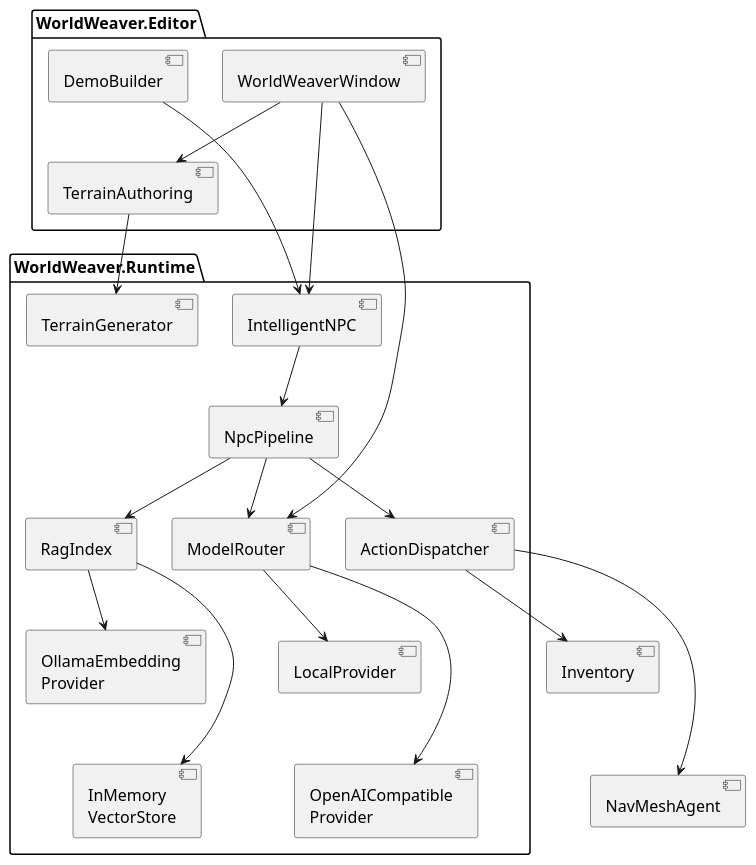
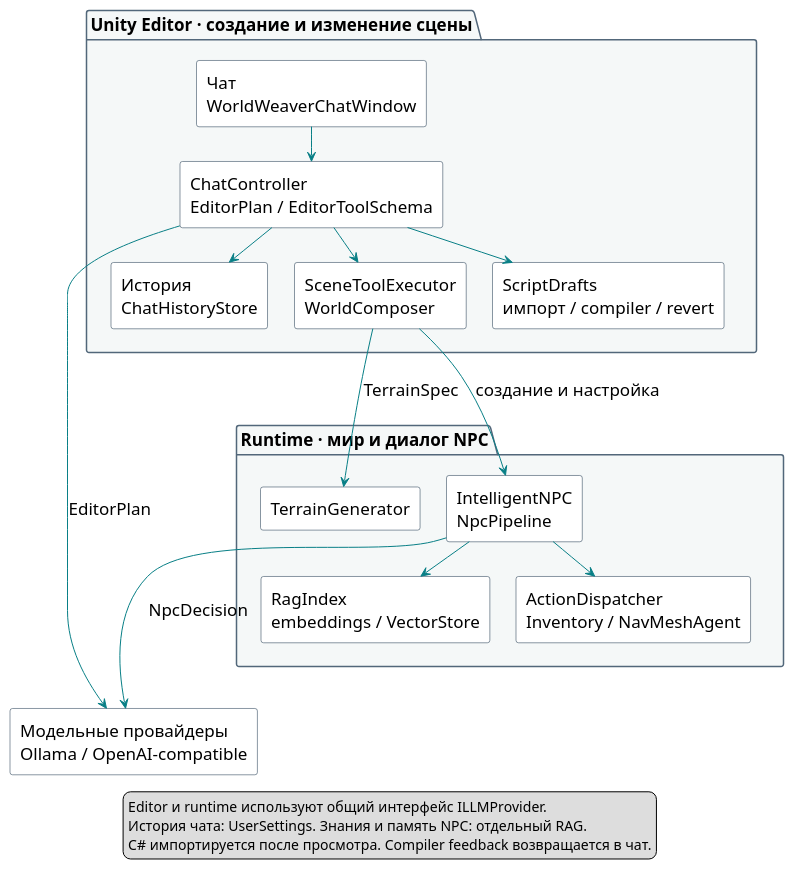
One commit to saslekawaiii/scenepilot-unity changed the diagram in docs/uml/component.puml. Above: the diagram before and after it, drawn with PlantUML. The commit also changed 465 other files, not shown here.

Commit message:
release: document and verify WorldWeaver 1.1 chat agent

```diff
--- a/docs/uml/component.puml
+++ b/docs/uml/component.puml
@@ -1,43 +1,54 @@
 @startuml
 skinparam defaultFontName Arial
+skinparam defaultFontSize 17
 skinparam shadowing false
-skinparam defaultFontSize 16
+skinparam componentStyle rectangle
+skinparam nodesep 26
+skinparam ranksep 34
+skinparam ArrowColor #087F86
+skinparam componentBorderColor #142F46
+skinparam componentBackgroundColor #FFFFFF
+skinparam packageBorderColor #52677A
+skinparam packageBackgroundColor #F5F8F8
 top to bottom direction
-package "WorldWeaver.Editor" {
- [WorldWeaverWindow] as UI
- [TerrainAuthoring] as Author
- [DemoBuilder] as Demo
+
+package "Unity Editor · создание и изменение сцены" as Editor {
+  [Чат\nWorldWeaverChatWindow] as Chat
+  [ChatController\nEditorPlan / EditorToolSchema] as Controller
+  [История\nChatHistoryStore] as History
+  [SceneToolExecutor\nWorldComposer] as Executor
+  [ScriptDrafts\nимпорт / compiler / revert] as Scripts
+  Chat -down-> Controller
+  Controller -down-> History
+  Controller -down-> Executor
+  Controller -down-> Scripts
+  History -[hidden]right-> Executor
+  Executor -[hidden]right-> Scripts
 }
-package "WorldWeaver.Runtime" {
- [IntelligentNPC] as NPC
- [NpcPipeline] as Pipeline
- [ModelRouter] as Router
- [LocalProvider] as Local
- [OpenAICompatible\nProvider] as Cloud
- [RagIndex] as RAG
- [OllamaEmbedding\nProvider] as Embedding
- [InMemory\nVectorStore] as Vector
- [ActionDispatcher] as Actions
- [TerrainGenerator] as Generator
+
+[Модельные провайдеры\nOllama / OpenAI-compatible] as Providers
+
+package "Runtime · мир и диалог NPC" as Runtime {
+  [IntelligentNPC\nNpcPipeline] as Dialogue
+  [RagIndex\nembeddings / VectorStore] as RAG
+  [ActionDispatcher\nInventory / NavMeshAgent] as Actions
+  [TerrainGenerator] as Terrain
+  Dialogue -down-> RAG
+  Dialogue -down-> Actions
+  Terrain -[hidden]right-> Dialogue
+  RAG -[hidden]right-> Actions
 }
-UI --> Author
-UI --> NPC
-UI --> Router
-Demo --> NPC
-Author --> Generator
-NPC --> Pipeline
-Pipeline --> RAG
-Pipeline --> Router
-Pipeline --> Actions
-RAG --> Embedding
-RAG --> Vector
-Router --> Local
-Router --> Cloud
-[Inventory] as Inventory
-[NavMeshAgent] as Nav
-Actions --> Inventory
-Actions --> Nav
-Embedding -down[hidden]-> Vector
-Local -down[hidden]-> Cloud
-Inventory -down[hidden]-> Nav
+
+Controller --> Providers : EditorPlan
+Executor -down-> Dialogue : создание и настройка
+Executor --> Terrain : TerrainSpec
+Dialogue --> Providers : NpcDecision
+Editor -[hidden]down-> Runtime
+Actions -[hidden]down-> Providers
+
+legend bottom
+  Editor и runtime используют общий интерфейс ILLMProvider.
+  История чата: UserSettings. Знания и память NPC: отдельный RAG.
+  C# импортируется после просмотра. Compiler feedback возвращается в чат.
+endlegend
 @enduml
```
